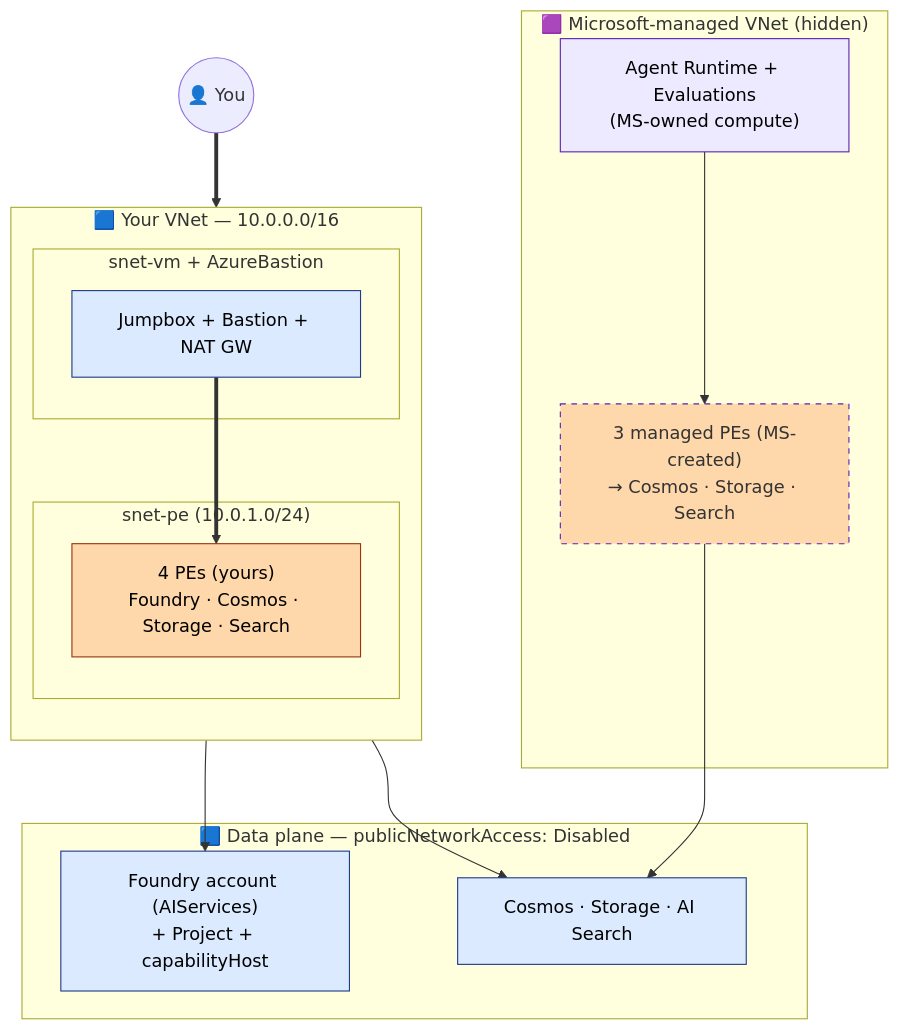
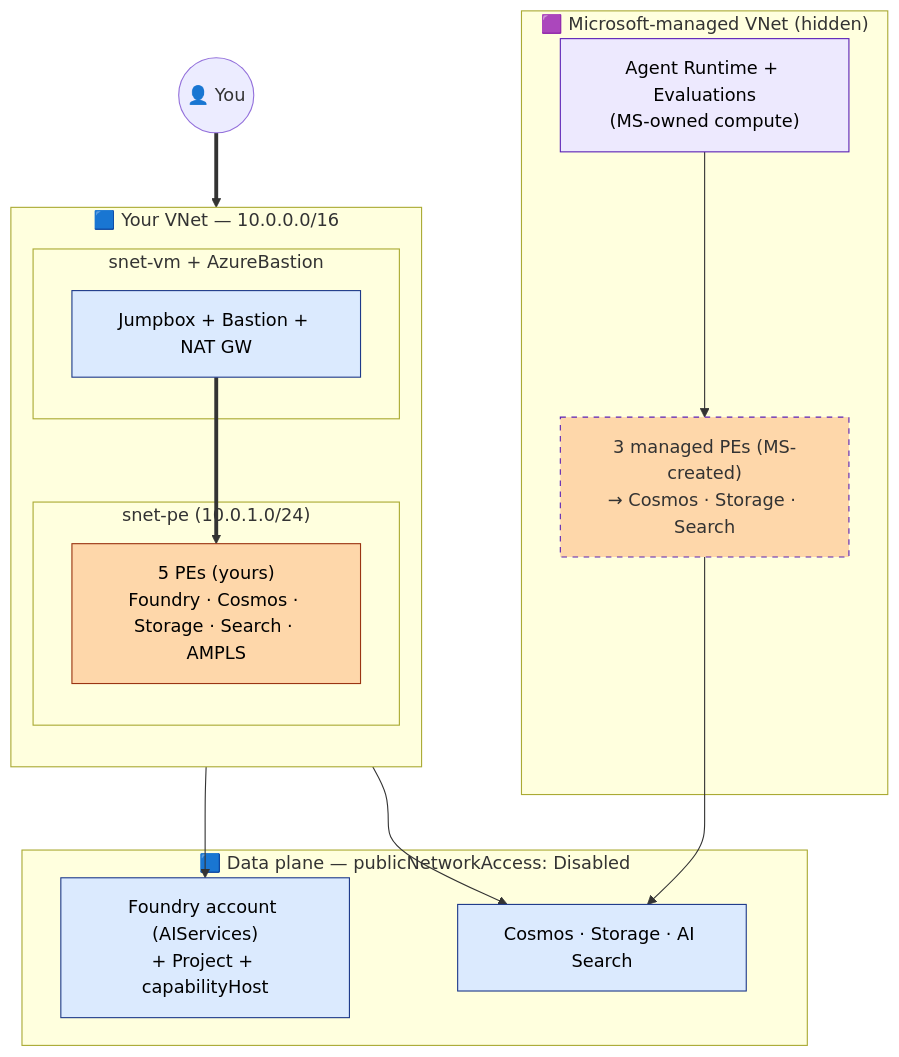
One commit to SridharArrabelly/foundry-private-networking-samples changed the diagram in docs/architecture-diagrams/managed-vnet.md. Above: the diagram before and after it, drawn with Mermaid. The commit also changed 3 other files, not shown here.

Commit message:
docs: fix caphost name (caphostproj not default), correct gpt-4.1-mini smoke test, add AMPLS PE + 4 monitor zones, reframe Check 3 for BYO+Managed, fix managed-vnet diagram PE count

````diff
--- a/docs/architecture-diagrams/managed-vnet.md
+++ b/docs/architecture-diagrams/managed-vnet.md
@@ -9,35 +9,35 @@
 ```mermaid
 flowchart TB
   USER(("👤 You"))
 
   subgraph YOUR["🟦 Your VNet — 10.0.0.0/16"]
     direction TB
     subgraph SNET_PE["snet-pe (10.0.1.0/24)"]
-      PEs["4 PEs (yours)<br/>Foundry · Cosmos · Storage · Search"]:::pe
+      PEs["5 PEs (yours)<br/>Foundry · Cosmos · Storage · Search · AMPLS"]:::pe
     end
     subgraph SNET_VM["snet-vm + AzureBastion"]
       VM["Jumpbox + Bastion + NAT GW"]:::yours
     end
   end
 
   subgraph MSVNET["🟪 Microsoft-managed VNet (hidden)"]
     AGENT["Agent Runtime + Evaluations<br/>(MS-owned compute)"]:::msft
     MPEs["3 managed PEs (MS-created)<br/>→ Cosmos · Storage · Search"]:::msftpe
     AGENT --> MPEs
   end
 
   subgraph BACKEND["🟦 Data plane — publicNetworkAccess: Disabled"]
     FND["Foundry account (AIServices)<br/>+ Project + capabilityHost"]:::yours
     DATA["Cosmos · Storage · AI Search"]:::yours
   end
 
   USER ==> VM ==> PEs
   PEs --> FND
   PEs --> DATA
   MPEs --> DATA
 
   classDef yours fill:#dbeafe,stroke:#1e3a8a,color:#000
   classDef msft fill:#ede9fe,stroke:#5b21b6,color:#000
   classDef pe fill:#fed7aa,stroke:#9a3412,color:#000
   classDef msftpe fill:#fed7aa,stroke:#5b21b6,stroke-dasharray: 5 5
 ```
````
